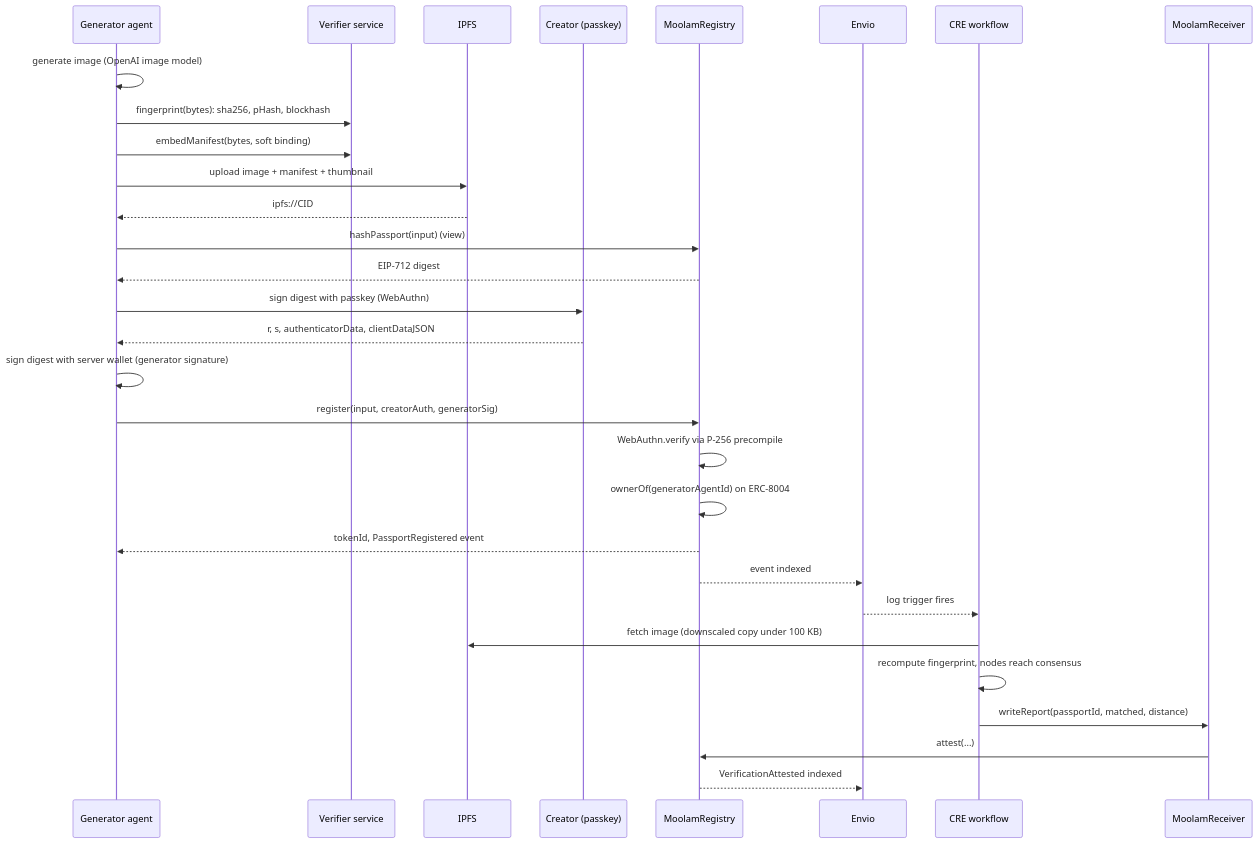
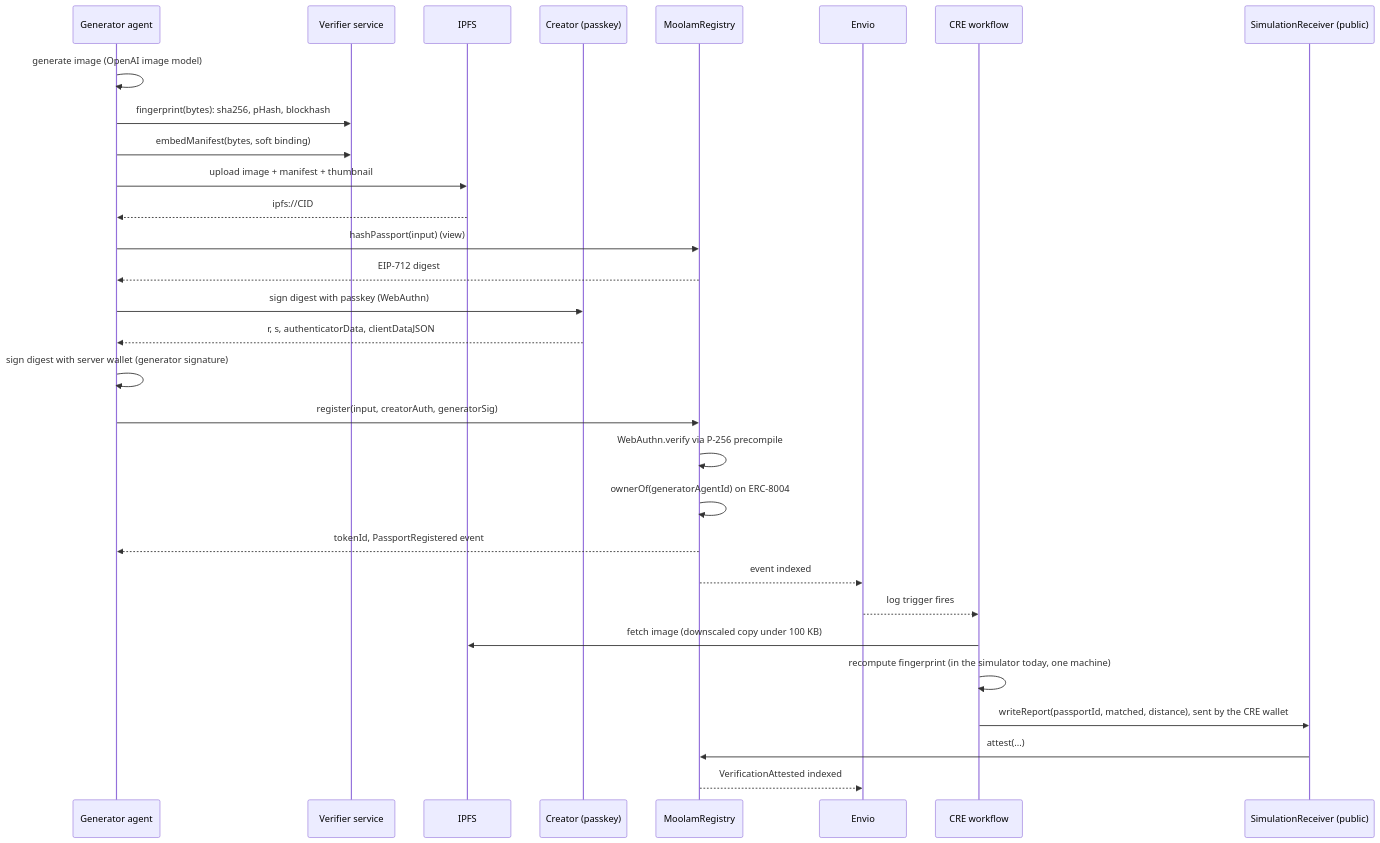
One commit to ramakrishnanhulk20/Moolam changed the second of 3 diagrams in ARCHITECTURE.md. Above: the diagram before and after it, drawn with Mermaid. The commit also changed other lines of this file and 14 other files, not shown here.

````diff
--- a/ARCHITECTURE.md
+++ b/ARCHITECTURE.md
@@ -51,33 +55,33 @@
 ```mermaid
 sequenceDiagram
     participant A as Generator agent
     participant S as Verifier service
     participant F as IPFS
     participant C as Creator (passkey)
     participant R as MoolamRegistry
     participant X as Envio
     participant W as CRE workflow
-    participant RC as MoolamReceiver
+    participant RC as SimulationReceiver (public)
 
     A->>A: generate image (OpenAI image model)
     A->>S: fingerprint(bytes): sha256, pHash, blockhash
     A->>S: embedManifest(bytes, soft binding)
     A->>F: upload image + manifest + thumbnail
     F-->>A: ipfs://CID
     A->>R: hashPassport(input) (view)
     R-->>A: EIP-712 digest
     A->>C: sign digest with passkey (WebAuthn)
     C-->>A: r, s, authenticatorData, clientDataJSON
     A->>A: sign digest with server wallet (generator signature)
     A->>R: register(input, creatorAuth, generatorSig)
     R->>R: WebAuthn.verify via P-256 precompile
     R->>R: ownerOf(generatorAgentId) on ERC-8004
     R-->>A: tokenId, PassportRegistered event
     R-->>X: event indexed
     X-->>W: log trigger fires
     W->>F: fetch image (downscaled copy under 100 KB)
-    W->>W: recompute fingerprint, nodes reach consensus
-    W->>RC: writeReport(passportId, matched, distance)
+    W->>W: recompute fingerprint (in the simulator today, one machine)
+    W->>RC: writeReport(passportId, matched, distance), sent by the CRE wallet
     RC->>R: attest(...)
     R-->>X: VerificationAttested indexed
 ```
````
